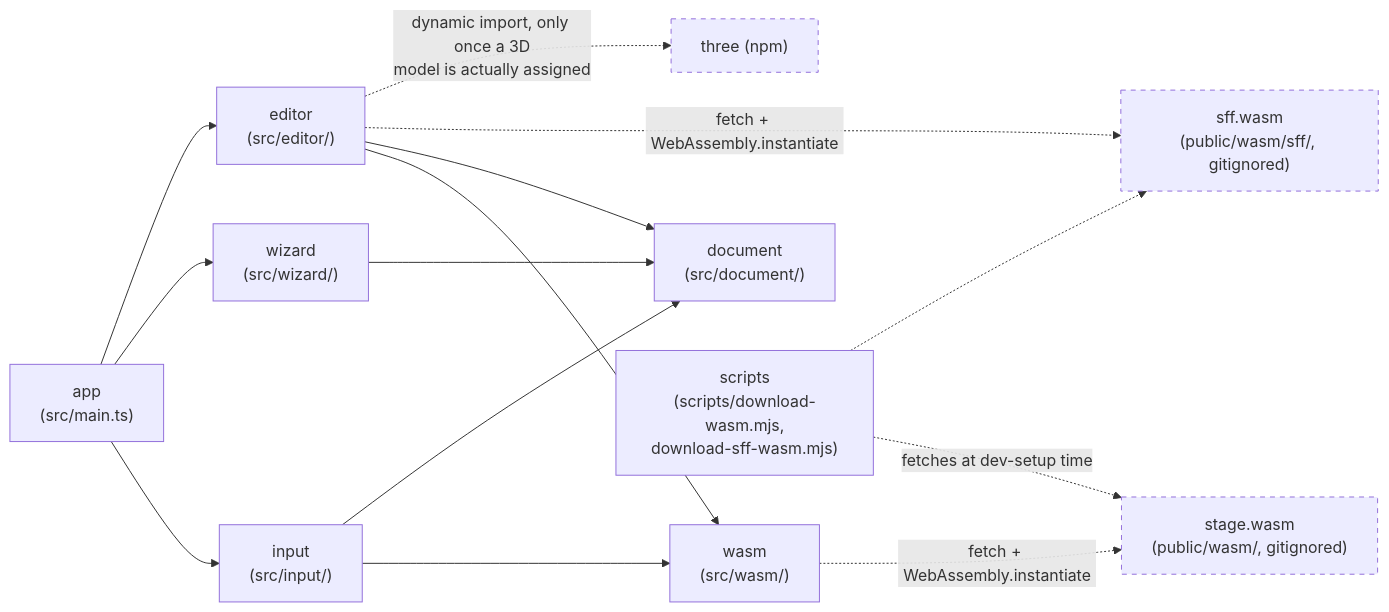
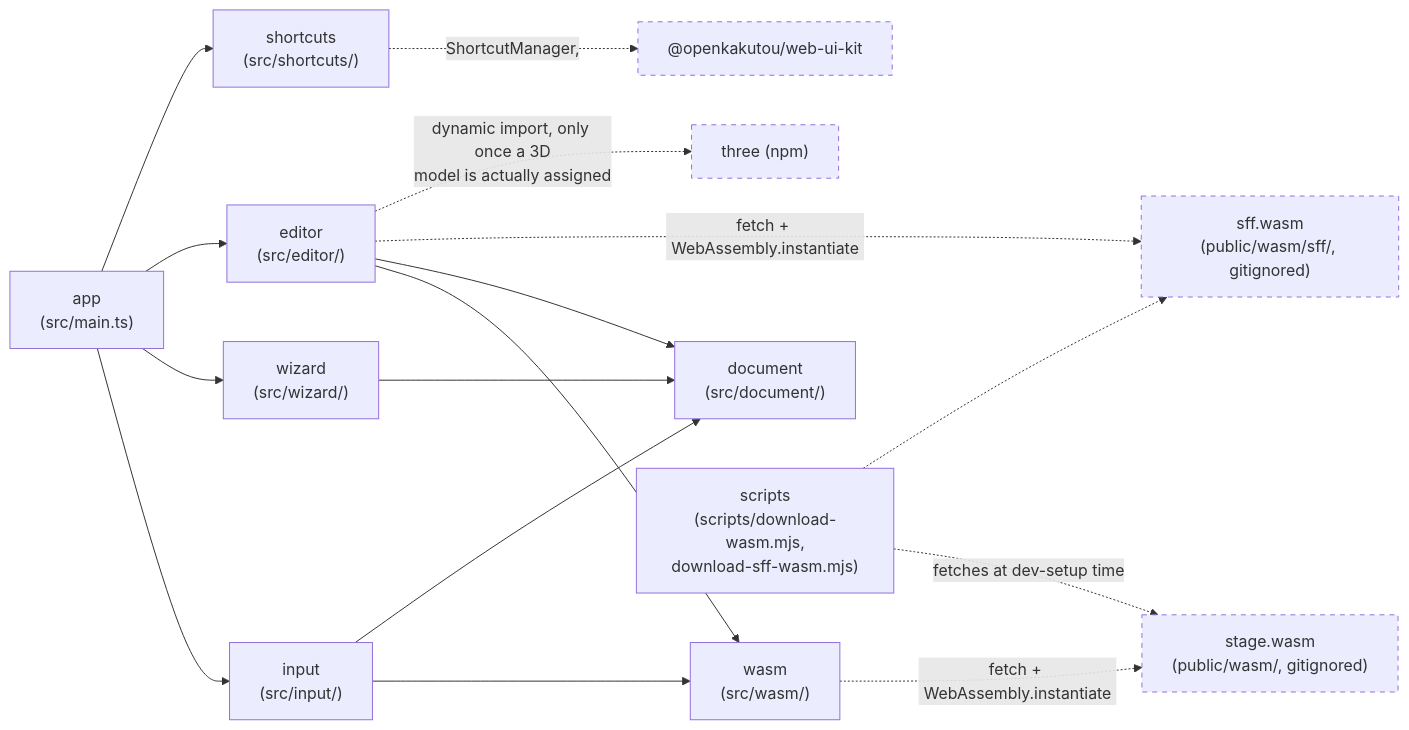
Before and after one commit to openkakutou/stage-editor: the diagram in docs/architecture.md, drawn with Mermaid. The commit also changed other lines of this file and 26 other files, not shown here.

````diff
--- a/docs/architecture.md
+++ b/docs/architecture.md
@@ -15,20 +15,23 @@
 ```mermaid
 flowchart LR
     app["app\n(src/main.ts)"] --> input["input\n(src/input/)"]
     app --> wizard["wizard\n(src/wizard/)"]
     app --> editor["editor\n(src/editor/)"]
+    app --> shortcuts["shortcuts\n(src/shortcuts/)"]
     input --> wasm["wasm\n(src/wasm/)"]
     input --> document["document\n(src/document/)"]
     wizard --> document
     editor --> wasm
     editor --> document
+    shortcuts -.->|"ShortcutManager,\n<wuik-shortcuts-panel>"| wuikKit["@openkakutou/web-ui-kit"]
     wasm -.->|fetch + WebAssembly.instantiate| module["stage.wasm\n(public/wasm/, gitignored)"]
     editor -.->|fetch + WebAssembly.instantiate| sffModule["sff.wasm\n(public/wasm/sff/, gitignored)"]
     editor -.->|dynamic import, only once a 3D\nmodel is actually assigned| three["three (npm)"]
     scripts["scripts\n(scripts/download-wasm.mjs,\ndownload-sff-wasm.mjs)"] -.->|fetches at dev-setup time| module
     scripts -.-> sffModule
 
     style module stroke-dasharray: 5 5
     style sffModule stroke-dasharray: 5 5
     style three stroke-dasharray: 5 5
+    style wuikKit stroke-dasharray: 5 5
 ```
````
